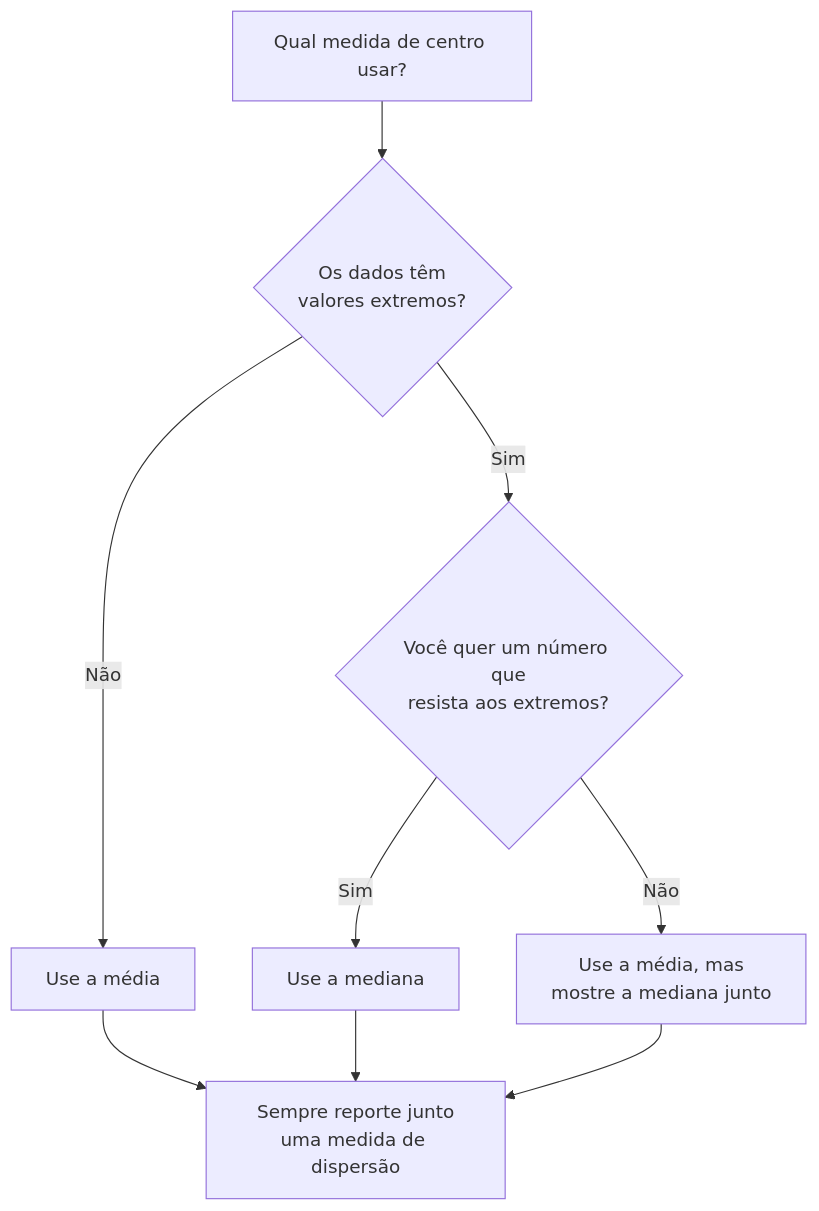
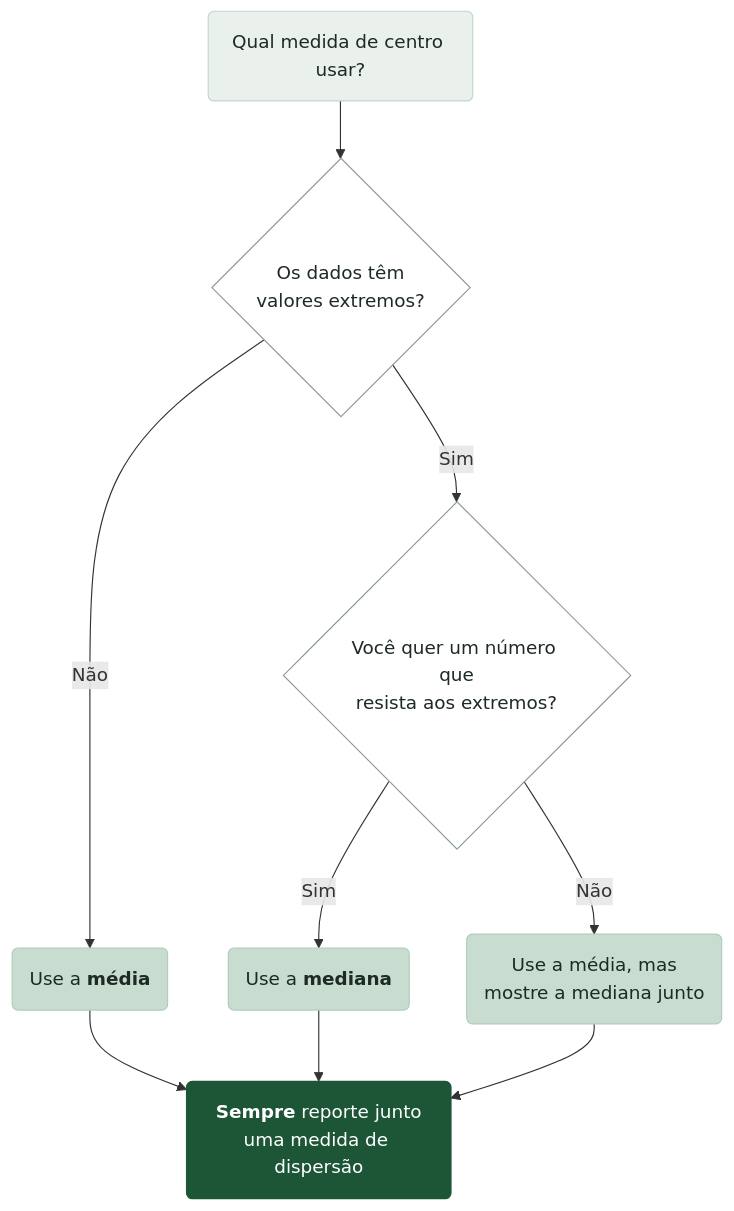
The third of 3 diagrams in aula-04-analise-dados-continuos/README.md (klein-natan/IA-Dados-GitBook), drawn with Mermaid before and after one commit. The commit also changed other lines of this file and 4 other files, not shown here.

````diff
--- a/aula-04-analise-dados-continuos/README.md
+++ b/aula-04-analise-dados-continuos/README.md
@@ -228,11 +240,20 @@
 ```mermaid
+%%{init:{"theme":"base","themeVariables":{"fontFamily":"Inter,'Segoe UI','Liberation Sans',Helvetica,Arial,sans-serif","fontSize":"15px","primaryColor":"#F4F2EE","primaryTextColor":"#1E2A25","primaryBorderColor":"#CBD8D0","lineColor":"#8A9A90","secondaryColor":"#EDF2EE","tertiaryColor":"#FFFFFF","clusterBkg":"#F8F7F4","clusterBorder":"#E2DED7","edgeLabelBackground":"#FFFFFF"},"flowchart":{"nodeSpacing":28,"rankSpacing":38,"padding":14,"curve":"basis"}}}%%
 flowchart TD
-    A["Qual medida de centro usar?"] --> B{"Os dados têm<br/>valores extremos?"}
-    B -->|"Não"| C["Use a média"]
+    A("Qual medida de centro usar?") --> B{"Os dados têm<br/>valores extremos?"}
+    B -->|"Não"| C("Use a <b>média</b>")
     B -->|"Sim"| D{"Você quer um número que<br/>resista aos extremos?"}
-    D -->|"Sim"| E["Use a mediana"]
-    D -->|"Não"| F["Use a média, mas<br/>mostre a mediana junto"]
-    C --> G["Sempre reporte junto<br/>uma medida de dispersão"]
+    D -->|"Sim"| E("Use a <b>mediana</b>")
+    D -->|"Não"| F("Use a média, mas<br/>mostre a mediana junto")
+    C --> G("<b>Sempre</b> reporte junto<br/>uma medida de dispersão")
     E --> G
     F --> G
+    classDef decisao fill:#FFFFFF,stroke:#8A9A90,color:#1E2A25;
+    classDef destaque fill:#1D5537,stroke:#1D5537,color:#FFFFFF;
+    classDef medio fill:#C8DDD0,stroke:#AECBBB,color:#1E2A25;
+    classDef nevoa fill:#EAF1EC,stroke:#C3D6CA,color:#1E2A25;
+    class A nevoa
+    class B,D decisao
+    class C,E,F medio
+    class G destaque
 ```
````
